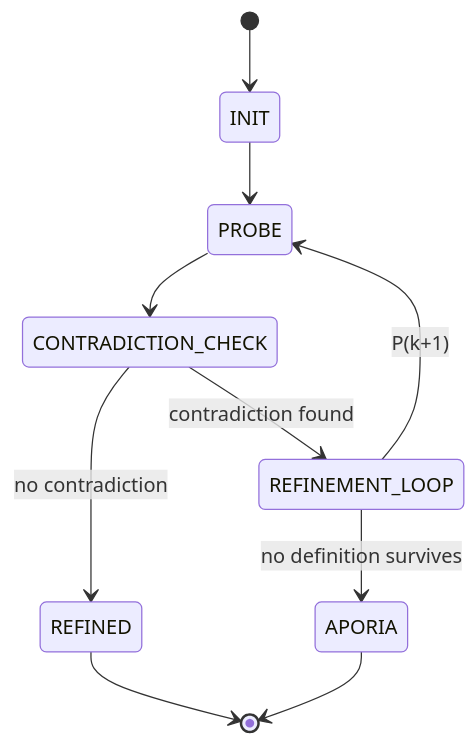
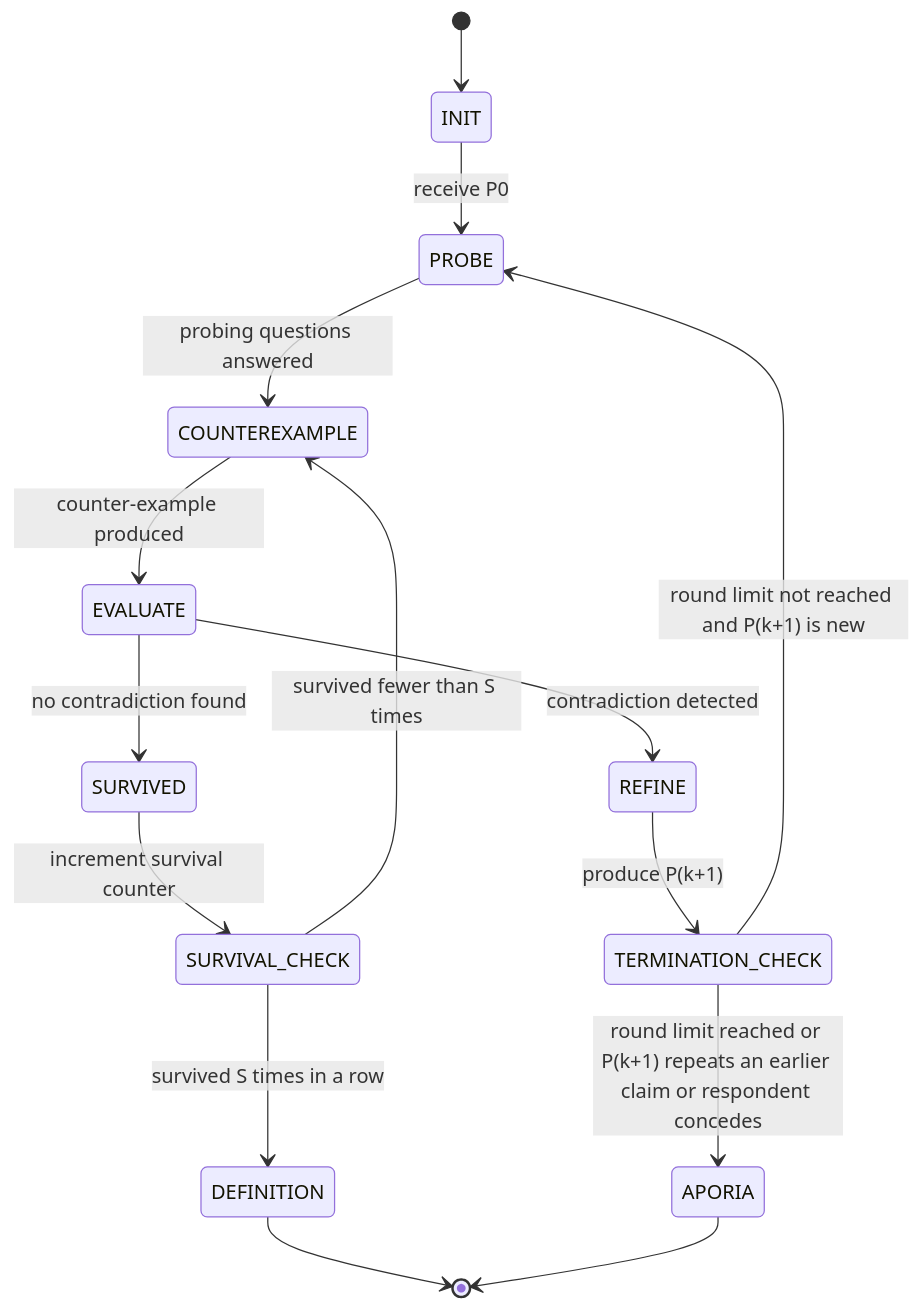
Before and after one commit to mohidsanori/squadron-hinton-ps01: the first of 2 diagrams in 02_Socratic_Protocol_Map.md, drawn with Mermaid. The commit also changed other lines of this file, not shown here.

````diff
--- a/02_Socratic_Protocol_Map.md
+++ b/02_Socratic_Protocol_Map.md
@@ -25,12 +39,22 @@
 ```mermaid
 stateDiagram-v2
     [*] --> INIT
-    INIT --> PROBE
-    PROBE --> CONTRADICTION_CHECK
-    CONTRADICTION_CHECK --> REFINEMENT_LOOP: contradiction found
-    CONTRADICTION_CHECK --> REFINED: no contradiction
-    REFINEMENT_LOOP --> PROBE: P(k+1)
-    REFINEMENT_LOOP --> APORIA: no definition survives
-    REFINED --> [*]
+    INIT --> PROBE : receive P0
+
+    PROBE --> COUNTEREXAMPLE : probing questions answered
+    COUNTEREXAMPLE --> EVALUATE : counter-example produced
+
+    EVALUATE --> REFINE : contradiction detected
+    EVALUATE --> SURVIVED : no contradiction found
+
+    SURVIVAL_CHECK --> COUNTEREXAMPLE : survived fewer than S times
+    SURVIVED --> SURVIVAL_CHECK : increment survival counter
+    SURVIVAL_CHECK --> DEFINITION : survived S times in a row
+
+    REFINE --> TERMINATION_CHECK : produce P(k+1)
+    TERMINATION_CHECK --> PROBE : round limit not reached and P(k+1) is new
+    TERMINATION_CHECK --> APORIA : round limit reached or P(k+1) repeats an earlier claim or respondent concedes
+
+    DEFINITION --> [*]
     APORIA --> [*]
 ```
````
